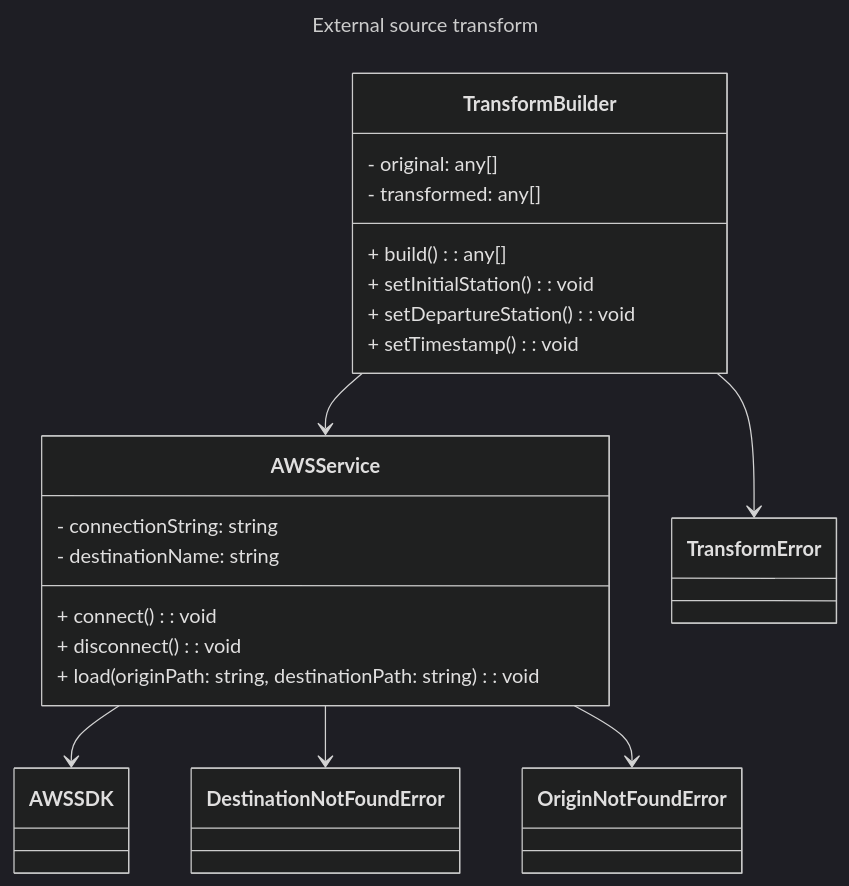
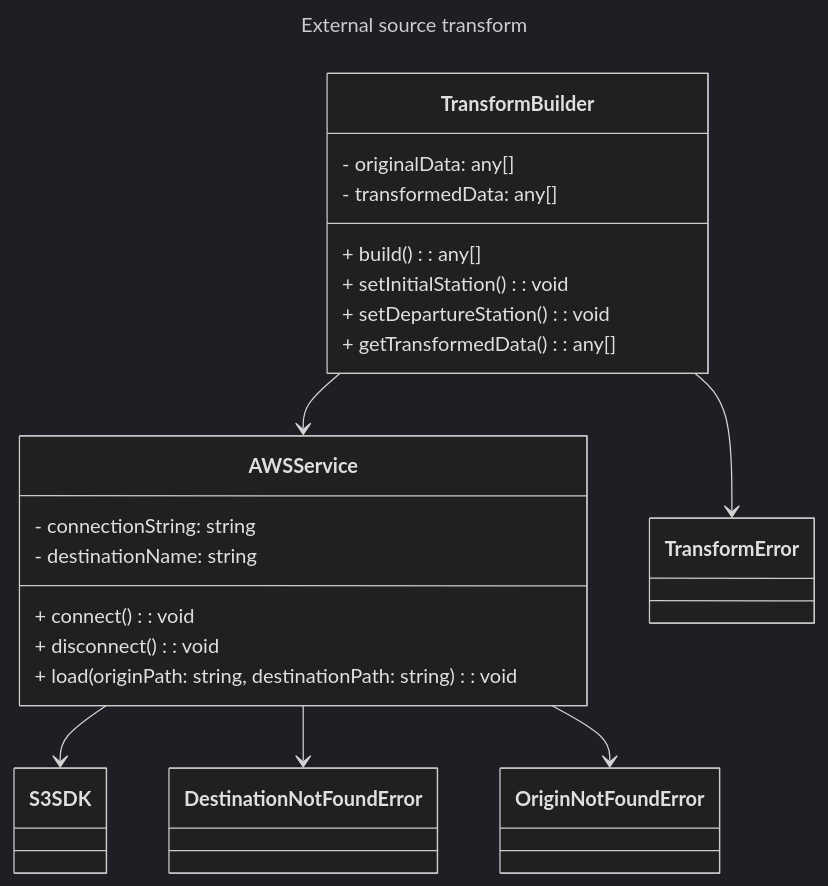
One commit to CPNV-ES-BI1-SBB/EXTERNAL-SOURCE-TRANSFORM changed the diagram in docs/class_diagram.md. Above: the diagram before and after it, drawn with Mermaid (dark theme).

Commit message:
chore: update class diagram

````diff
--- a/docs/class_diagram.md
+++ b/docs/class_diagram.md
@@ -2,37 +2,37 @@
 ```mermaid
 ---
 title: External source transform
 ---
 classDiagram
     
     class TransformBuilder {
-        - original: any[]
-        - transformed: any[]
+        - originalData: any[]
+        - transformedData: any[]
         + build(): any[]
         + setInitialStation(): void
         + setDepartureStation(): void
-        + setTimestamp(): void
+        + getTransformedData(): any[]
     }
     
     class AWSService {
         - connectionString: string
         - destinationName: string
         + connect(): void
         + disconnect(): void
         + load(originPath: string, destinationPath: string): void
     }
     
-    class AWSSDK { }
+    class S3SDK { }
     
     class DestinationNotFoundError { }
     
     class OriginNotFoundError { }
     
     class TransformError { }
     
     TransformBuilder --> AWSService
-    AWSService --> AWSSDK
+    AWSService --> S3SDK
     AWSService --> DestinationNotFoundError
     AWSService --> OriginNotFoundError
     TransformBuilder --> TransformError
 ```
````
